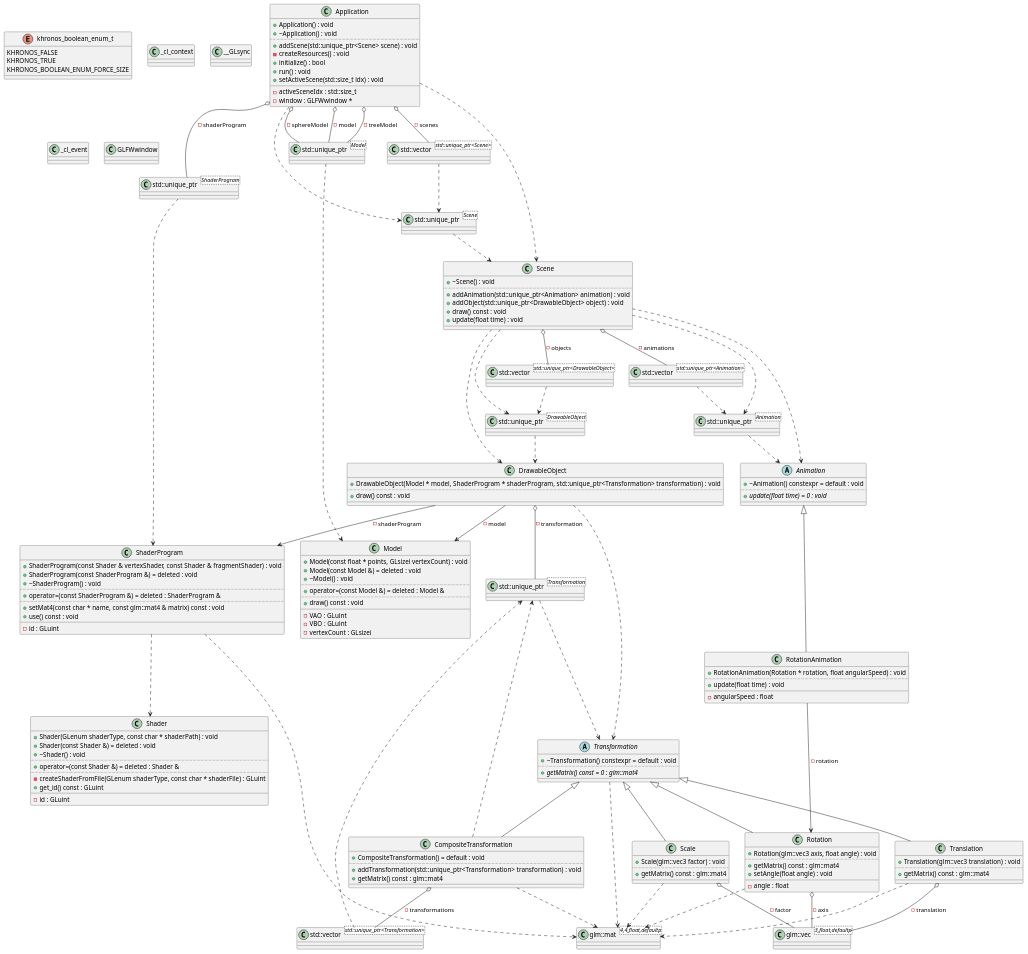
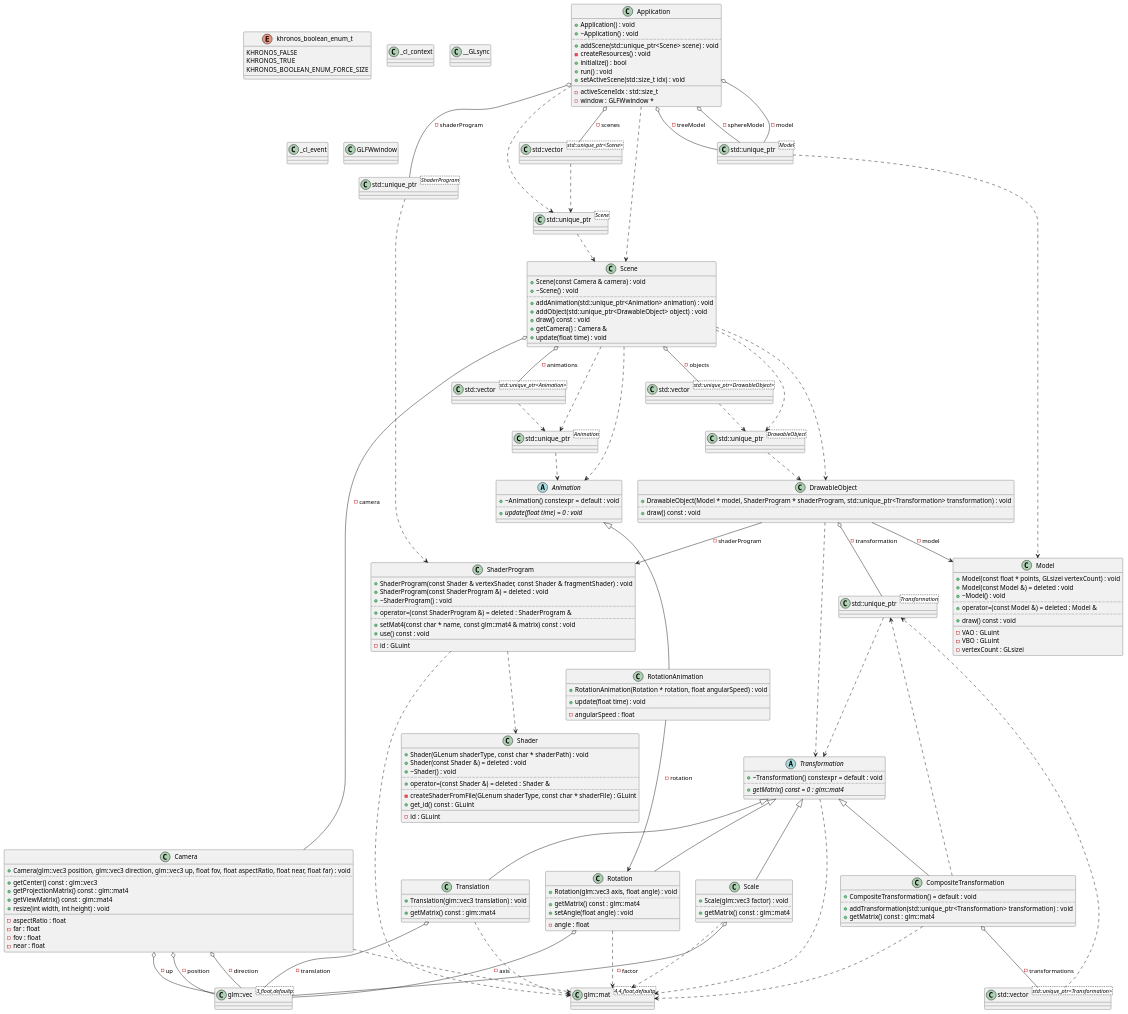
One commit to prezmyl/ZPG-computer-graphics changed the diagram in project/diagrams/architecture.puml. Above: the diagram before and after it, drawn with PlantUML.

Commit message:
Camera incorporation into Scene of applicaton - Check

```diff
--- a/project/diagrams/architecture.puml
+++ b/project/diagrams/architecture.puml
@@ -91,13 +91,29 @@
 class C_0016742860404031477541 {
 __
 }
+class "Camera" as C_0005049148943034209802
+class C_0005049148943034209802 {
++Camera(glm::vec3 position, glm::vec3 direction, glm::vec3 up, float fov, float aspectRatio, float near, float far) : void
+..
++getCenter() const : glm::vec3
++getProjectionMatrix() const : glm::mat4
++getViewMatrix() const : glm::mat4
++resize(int width, int height) : void
+__
+-aspectRatio : float
+-far : float
+-fov : float
+-near : float
+}
 class "Scene" as C_0016177104474805726272
 class C_0016177104474805726272 {
++Scene(const Camera & camera) : void
 +~Scene() : void
 ..
 +addAnimation(std::unique_ptr<Animation> animation) : void
 +addObject(std::unique_ptr<DrawableObject> object) : void
 +draw() const : void
++getCamera() : Camera &
 +update(float time) : void
 __
 }
@@ -205,12 +221,17 @@
 C_0001345993189807237249 ..> C_0005841236919913815719
 C_0009272917675807370667 ..> C_0014899929896336503560
 C_0009272917675807370667 ..> C_0010357790864569679796
+C_0005049148943034209802 ..> C_0010357790864569679796
+C_0005049148943034209802 o-- C_0005836985577823843820 : -position
+C_0005049148943034209802 o-- C_0005836985577823843820 : -direction
+C_0005049148943034209802 o-- C_0005836985577823843820 : -up
 C_0016177104474805726272 ..> C_0009635456962427627091
 C_0016177104474805726272 ..> C_0000766055162852517381
 C_0016177104474805726272 ..> C_0015989245659094276206
 C_0016177104474805726272 ..> C_0009177790275752332348
 C_0016177104474805726272 o-- C_0003254735137969347630 : -objects
 C_0016177104474805726272 o-- C_0005257475143305114708 : -animations
+C_0016177104474805726272 o-- C_0005049148943034209802 : -camera
 C_0011135272028013465752 ..> C_0010357790864569679796
 C_0000766055162852517381 ..> C_0011135272028013465752
 C_0000766055162852517381 o-- C_0011978167887591285784 : -transformation
```
